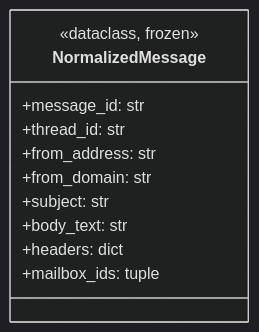
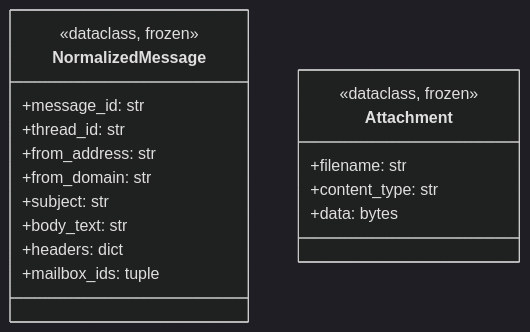
Before and after one commit to Stainless5166/friendly-octo-spork: the fifth of 44 diagrams in docs/DESIGN.md, drawn with Mermaid (dark theme). The commit also changed other lines of this file and 1 other file, not shown here.

````diff
--- a/docs/DESIGN.md
+++ b/docs/DESIGN.md
@@ -771,14 +786,20 @@
 ```mermaid
 classDiagram
     class NormalizedMessage {
         <<dataclass, frozen>>
         +message_id: str
         +thread_id: str
         +from_address: str
         +from_domain: str
         +subject: str
         +body_text: str
         +headers: dict
         +mailbox_ids: tuple
     }
+    class Attachment {
+        <<dataclass, frozen>>
+        +filename: str
+        +content_type: str
+        +data: bytes
+    }
 ```
````
